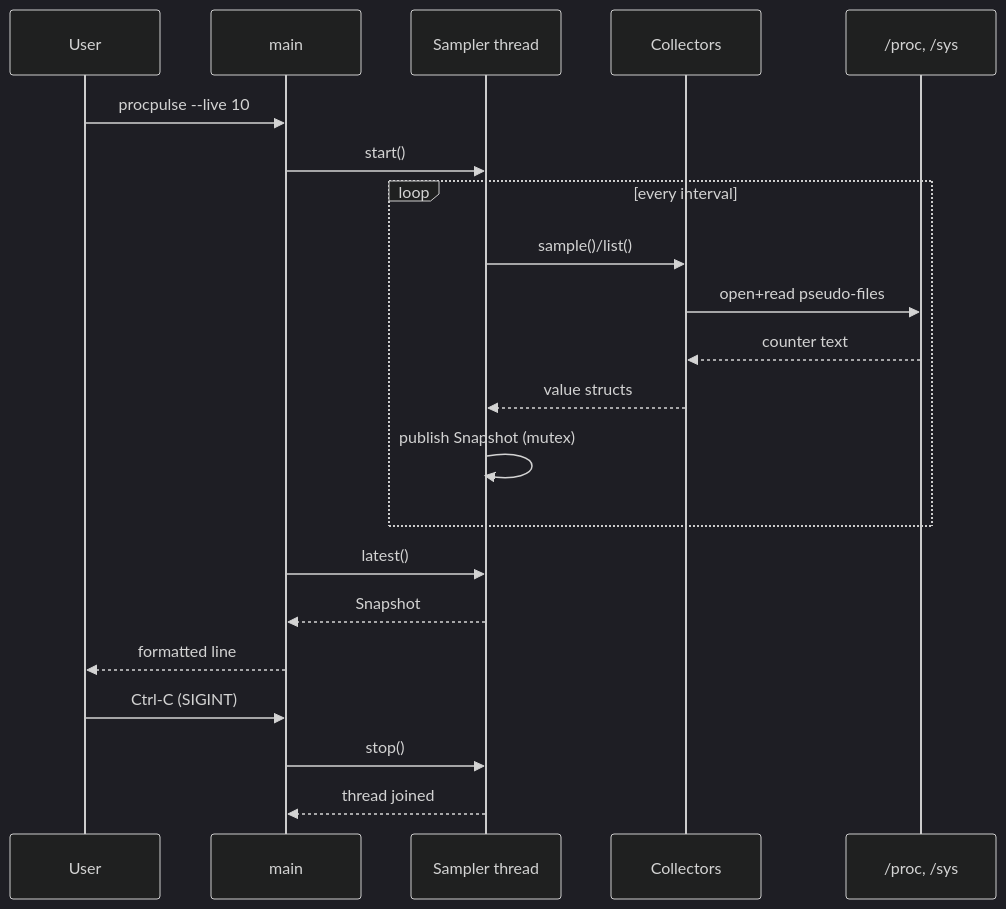
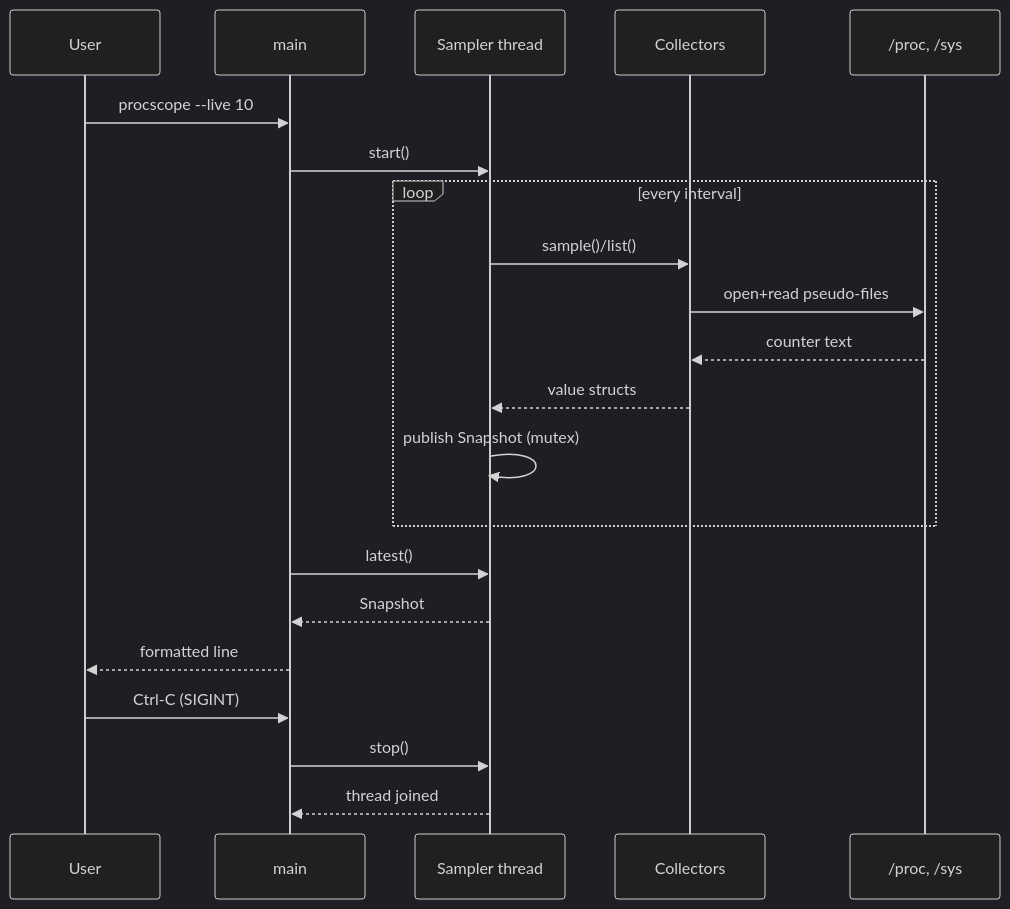
One commit to iamswoyam/procscope changed the third of 4 diagrams in docs/DESIGN.md. Above: the diagram before and after it, drawn with Mermaid (dark theme). The commit also changed 26 other files, not shown here.

````diff
--- a/docs/DESIGN.md
+++ b/docs/DESIGN.md
@@ -79,23 +79,23 @@
 ```mermaid
 sequenceDiagram
     participant U as User
     participant M as main
     participant S as Sampler thread
     participant C as Collectors
     participant P as /proc, /sys
-    U->>M: procpulse --live 10
+    U->>M: procscope --live 10
     M->>S: start()
     loop every interval
         S->>C: sample()/list()
         C->>P: open+read pseudo-files
         P-->>C: counter text
         C-->>S: value structs
         S->>S: publish Snapshot (mutex)
     end
     M->>S: latest()
     S-->>M: Snapshot
     M-->>U: formatted line
     U->>M: Ctrl-C (SIGINT)
     M->>S: stop()
     S-->>M: thread joined
 ```
````
